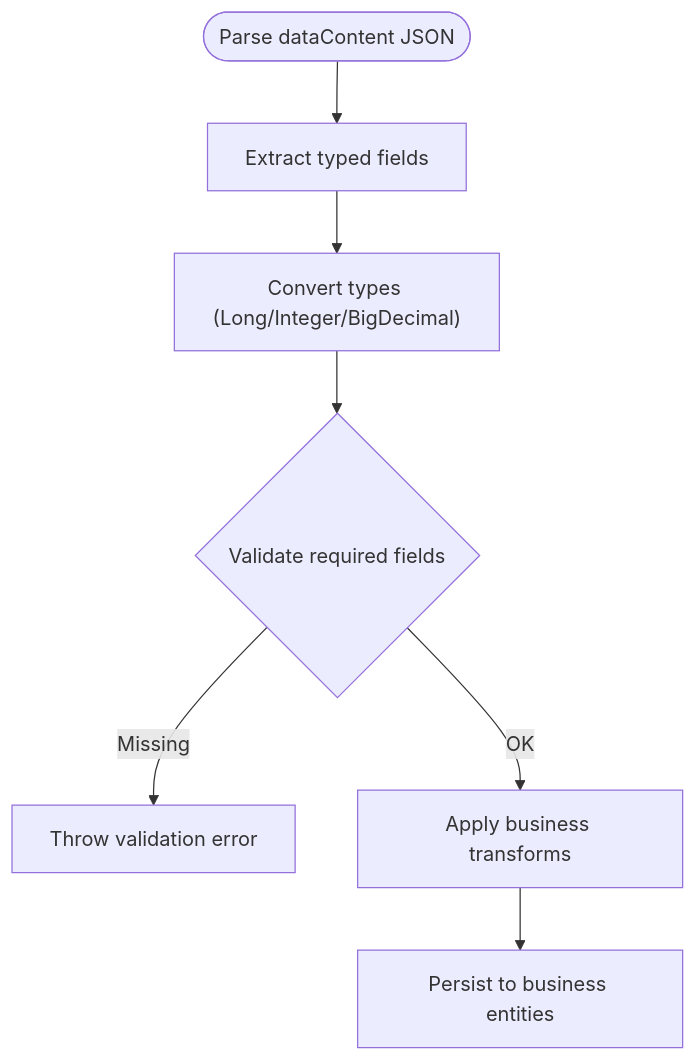
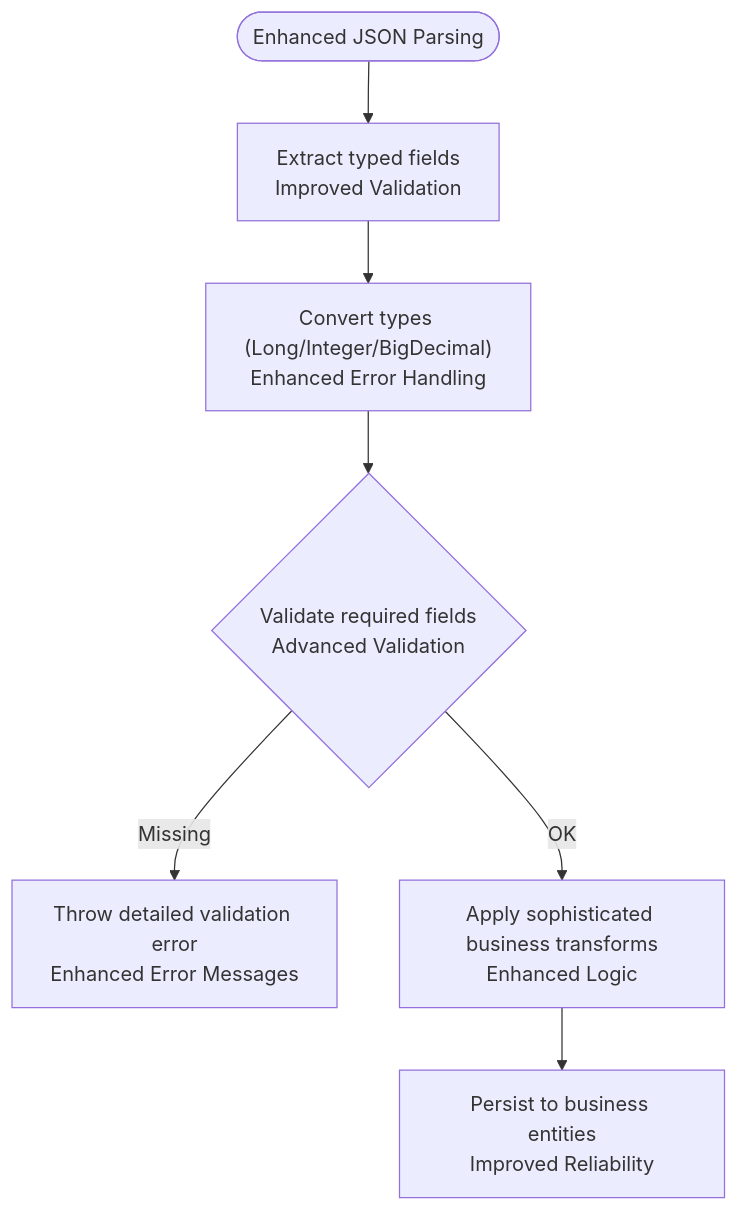
Before and after one commit to bo961386926/Survey-App: the eighth of 11 diagrams in .qoder/repowiki/en/content/Data Collection & Forms/Offline Data Synchronization.md, drawn with Mermaid. The commit also changed other lines of this file and 25 other files, not shown here.

````diff
--- a/.qoder/repowiki/en/content/Data Collection & Forms/Offline Data Synchronization.md
+++ b/.qoder/repowiki/en/content/Data Collection & Forms/Offline Data Synchronization.md
@@ -328,9 +368,9 @@
 ```mermaid
 flowchart TD
-JStart(["Parse dataContent JSON"]) --> Fields["Extract typed fields"]
-Fields --> Convert["Convert types (Long/Integer/BigDecimal)"]
-Convert --> Validate{"Validate required fields"}
-Validate --> |Missing| Throw["Throw validation error"]
-Validate --> |OK| Transform["Apply business transforms"]
-Transform --> Persist["Persist to business entities"]
+JStart(["Enhanced JSON Parsing"]) --> Fields["Extract typed fields<br/>Improved Validation"]
+Fields --> Convert["Convert types (Long/Integer/BigDecimal)<br/>Enhanced Error Handling"]
+Convert --> Validate{"Validate required fields<br/>Advanced Validation"}
+Validate --> |Missing| Throw["Throw detailed validation error<br/>Enhanced Error Messages"]
+Validate --> |OK| Transform["Apply sophisticated business transforms<br/>Enhanced Logic"]
+Transform --> Persist["Persist to business entities<br/>Improved Reliability"]
 ```
````
